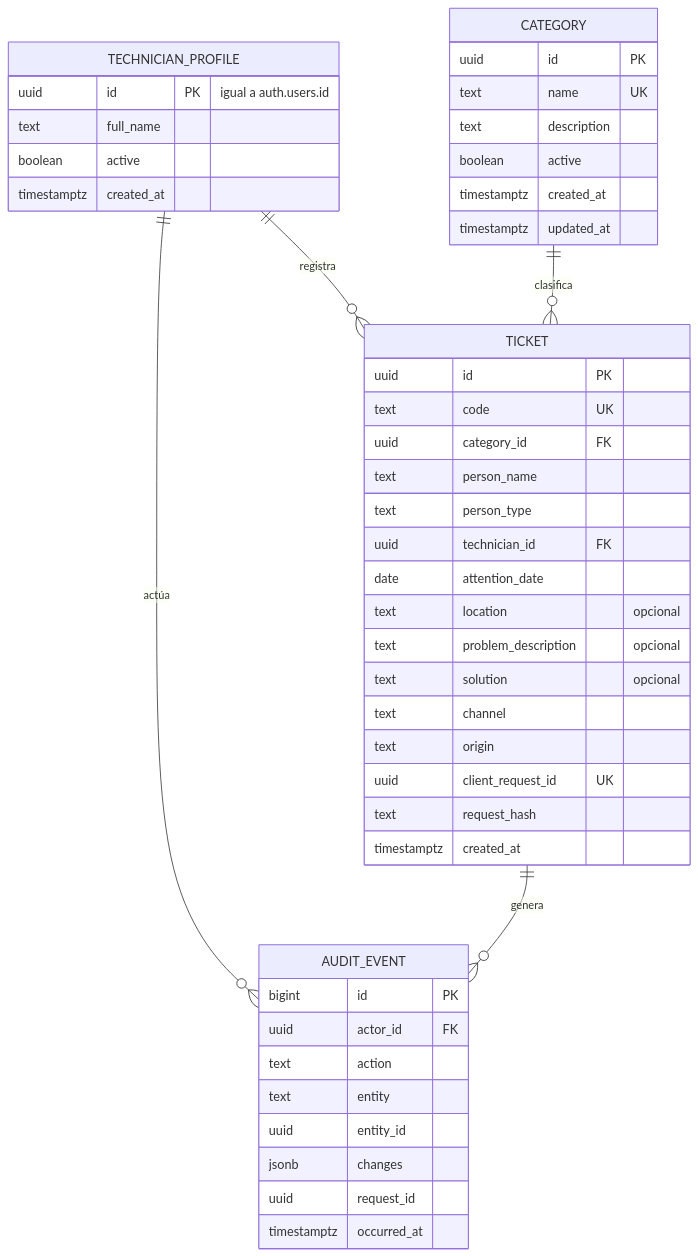
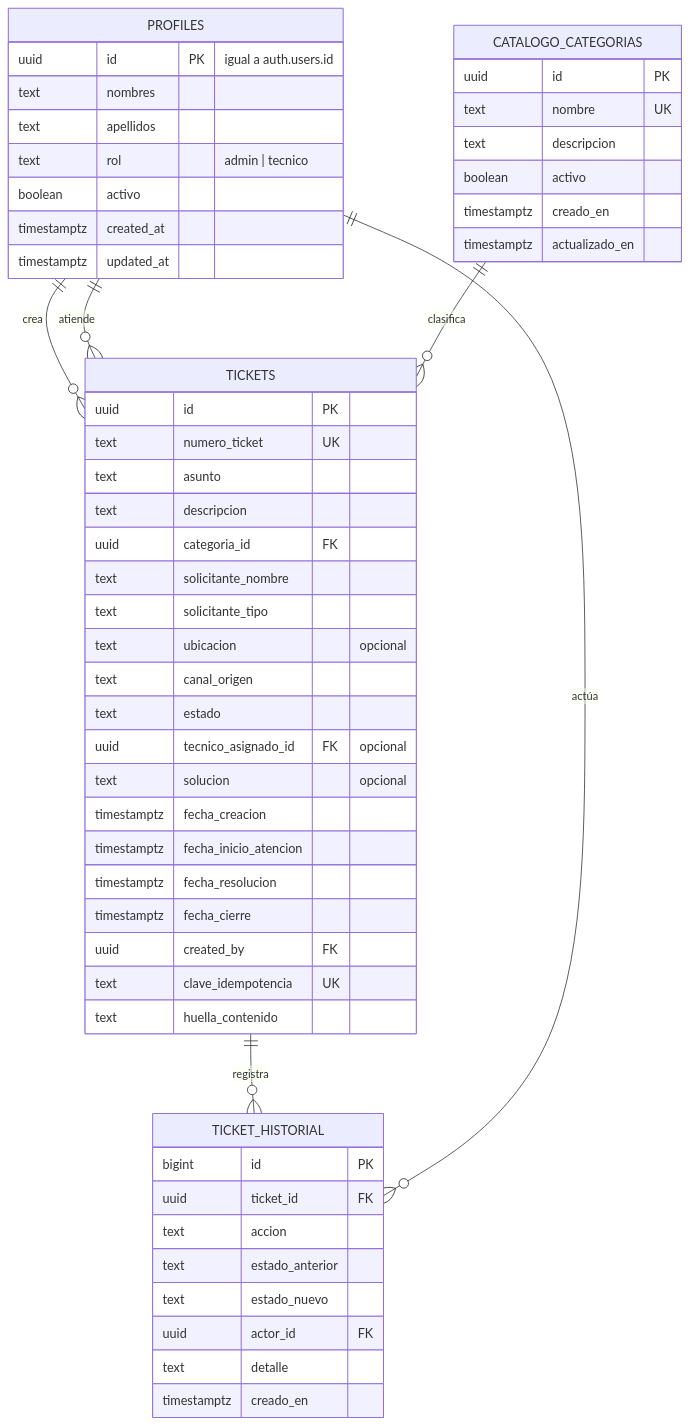
Before and after one commit to amena-otto/ti-smartdesk-ai: the first of 2 diagrams in docs/database-design.md, drawn with Mermaid. The commit also changed other lines of this file and 55 other files, not shown here.

````diff
--- a/docs/database-design.md
+++ b/docs/database-design.md
@@ -21,49 +21,57 @@
 ```mermaid
 erDiagram
-  TECHNICIAN_PROFILE ||--o{ TICKET : "registra"
-  CATEGORY ||--o{ TICKET : "clasifica"
-  TECHNICIAN_PROFILE ||--o{ AUDIT_EVENT : "actúa"
-  TICKET ||--o{ AUDIT_EVENT : "genera"
+  PROFILES ||--o{ TICKETS : "crea"
+  PROFILES ||--o{ TICKETS : "atiende"
+  CATALOGO_CATEGORIAS ||--o{ TICKETS : "clasifica"
+  TICKETS ||--o{ TICKET_HISTORIAL : "registra"
+  PROFILES ||--o{ TICKET_HISTORIAL : "actúa"
 
-  TECHNICIAN_PROFILE {
+  PROFILES {
     uuid id PK "igual a auth.users.id"
-    text full_name
-    boolean active
-    timestamptz created_at
-  }
-  CATEGORY {
-    uuid id PK
-    text name UK
-    text description
-    boolean active
+    text nombres
+    text apellidos
+    text rol "admin | tecnico"
+    boolean activo
     timestamptz created_at
     timestamptz updated_at
   }
-  TICKET {
+  CATALOGO_CATEGORIAS {
     uuid id PK
-    text code UK
-    uuid category_id FK
-    text person_name
-    text person_type
-    uuid technician_id FK
-    date attention_date
-    text location "opcional"
-    text problem_description "opcional"
-    text solution "opcional"
-    text channel
-    text origin
-    uuid client_request_id UK
-    text request_hash
-    timestamptz created_at
+    text nombre UK
+    text descripcion
+    boolean activo
+    timestamptz creado_en
+    timestamptz actualizado_en
   }
-  AUDIT_EVENT {
+  TICKETS {
+    uuid id PK
+    text numero_ticket UK
+    text asunto
+    text descripcion
+    uuid categoria_id FK
+    text solicitante_nombre
+    text solicitante_tipo
+    text ubicacion "opcional"
+    text canal_origen
+    text estado
+    uuid tecnico_asignado_id FK "opcional"
+    text solucion "opcional"
+    timestamptz fecha_creacion
+    timestamptz fecha_inicio_atencion
+    timestamptz fecha_resolucion
+    timestamptz fecha_cierre
+    uuid created_by FK
+    text clave_idempotencia UK
+    text huella_contenido
+  }
+  TICKET_HISTORIAL {
     bigint id PK
+    uuid ticket_id FK
+    text accion
+    text estado_anterior
+    text estado_nuevo
     uuid actor_id FK
-    text action
-    text entity
-    uuid entity_id
-    jsonb changes
-    uuid request_id
-    timestamptz occurred_at
+    text detalle
+    timestamptz creado_en
   }
 ```
````
